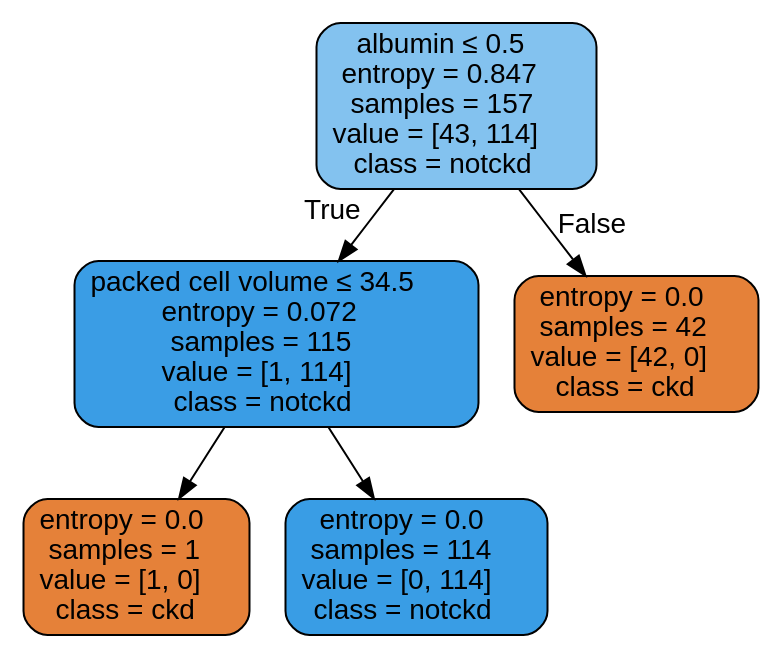
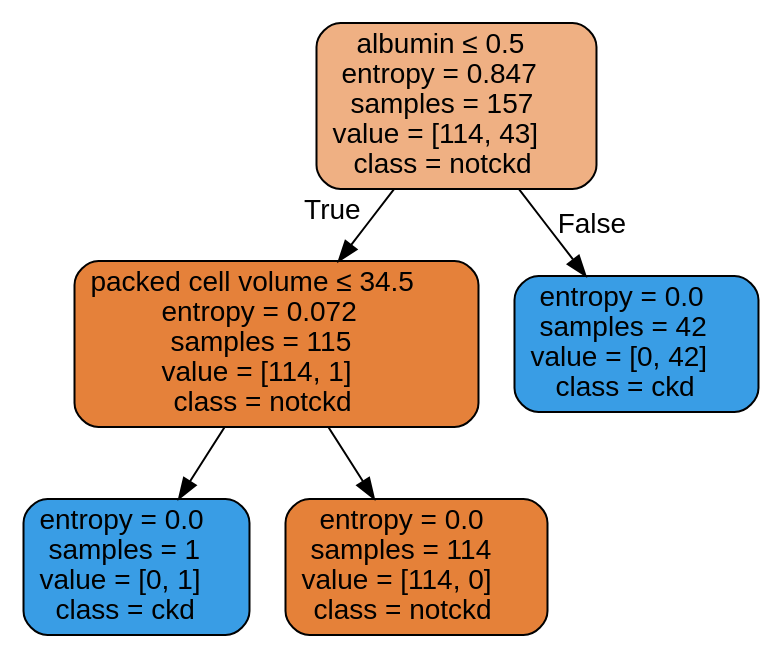
One commit to henrique-hf/ICT4Health changed the diagram in Kidney_C45/Output/Tree_drop.dot. Above: the diagram before and after it, drawn with Graphviz. The commit also changed 3 other files, not shown here.

```diff
--- a/Kidney_C45/Output/Tree_drop.dot
+++ b/Kidney_C45/Output/Tree_drop.dot
@@ -1,13 +1,13 @@
 digraph Tree {
 node [shape=box, style="filled, rounded", color="black", fontname=helvetica] ;
 edge [fontname=helvetica] ;
-0 [label=<albumin &le; 0.5<br/>entropy = 0.847<br/>samples = 157<br/>value = [43, 114]<br/>class = notckd>, fillcolor="#399de59f"] ;
-1 [label=<packed cell volume &le; 34.5<br/>entropy = 0.072<br/>samples = 115<br/>value = [1, 114]<br/>class = notckd>, fillcolor="#399de5fd"] ;
+0 [label=<albumin &le; 0.5<br/>entropy = 0.847<br/>samples = 157<br/>value = [114, 43]<br/>class = notckd>, fillcolor="#e581399f"] ;
+1 [label=<packed cell volume &le; 34.5<br/>entropy = 0.072<br/>samples = 115<br/>value = [114, 1]<br/>class = notckd>, fillcolor="#e58139fd"] ;
 0 -> 1 [labeldistance=2.5, labelangle=45, headlabel="True"] ;
-2 [label=<entropy = 0.0<br/>samples = 1<br/>value = [1, 0]<br/>class = ckd>, fillcolor="#e58139ff"] ;
+2 [label=<entropy = 0.0<br/>samples = 1<br/>value = [0, 1]<br/>class = ckd>, fillcolor="#399de5ff"] ;
 1 -> 2 ;
-3 [label=<entropy = 0.0<br/>samples = 114<br/>value = [0, 114]<br/>class = notckd>, fillcolor="#399de5ff"] ;
+3 [label=<entropy = 0.0<br/>samples = 114<br/>value = [114, 0]<br/>class = notckd>, fillcolor="#e58139ff"] ;
 1 -> 3 ;
-4 [label=<entropy = 0.0<br/>samples = 42<br/>value = [42, 0]<br/>class = ckd>, fillcolor="#e58139ff"] ;
+4 [label=<entropy = 0.0<br/>samples = 42<br/>value = [0, 42]<br/>class = ckd>, fillcolor="#399de5ff"] ;
 0 -> 4 [labeldistance=2.5, labelangle=-45, headlabel="False"] ;
 }
```
